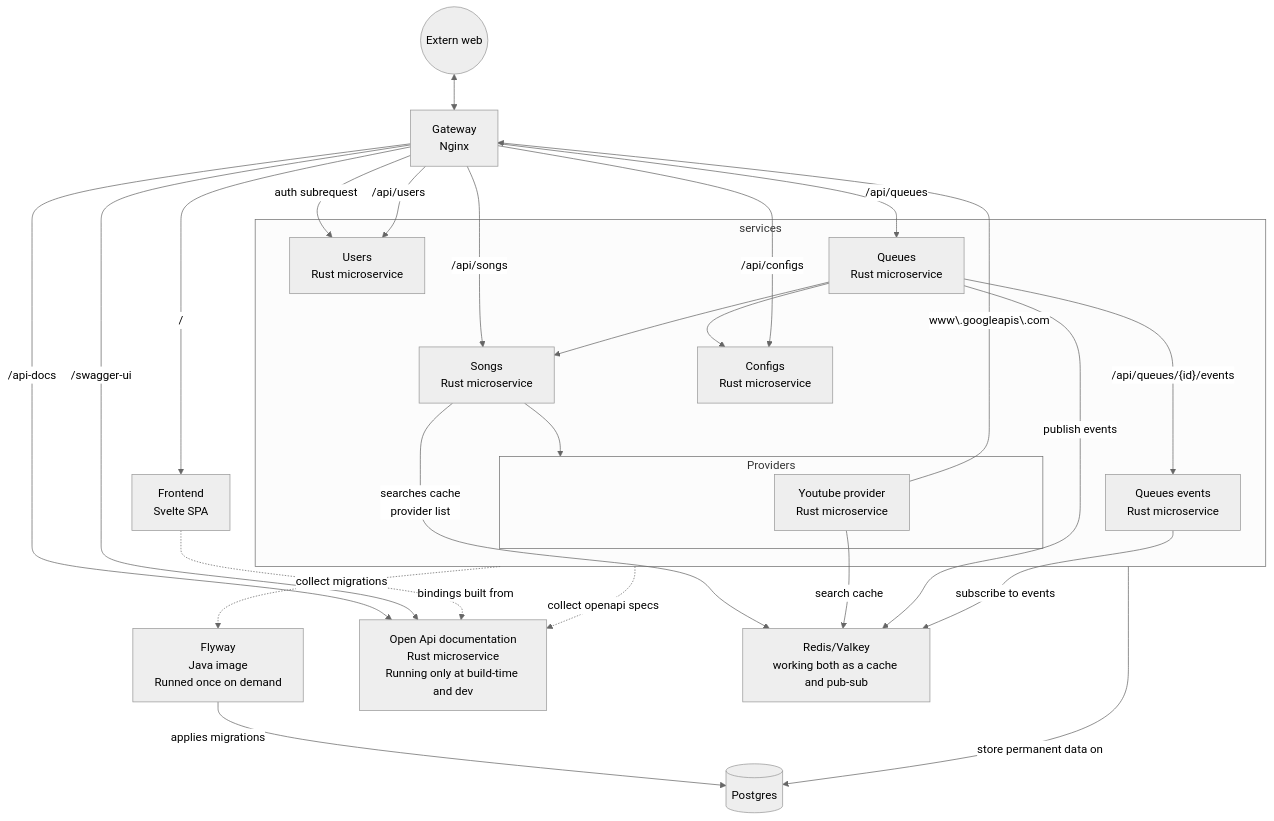
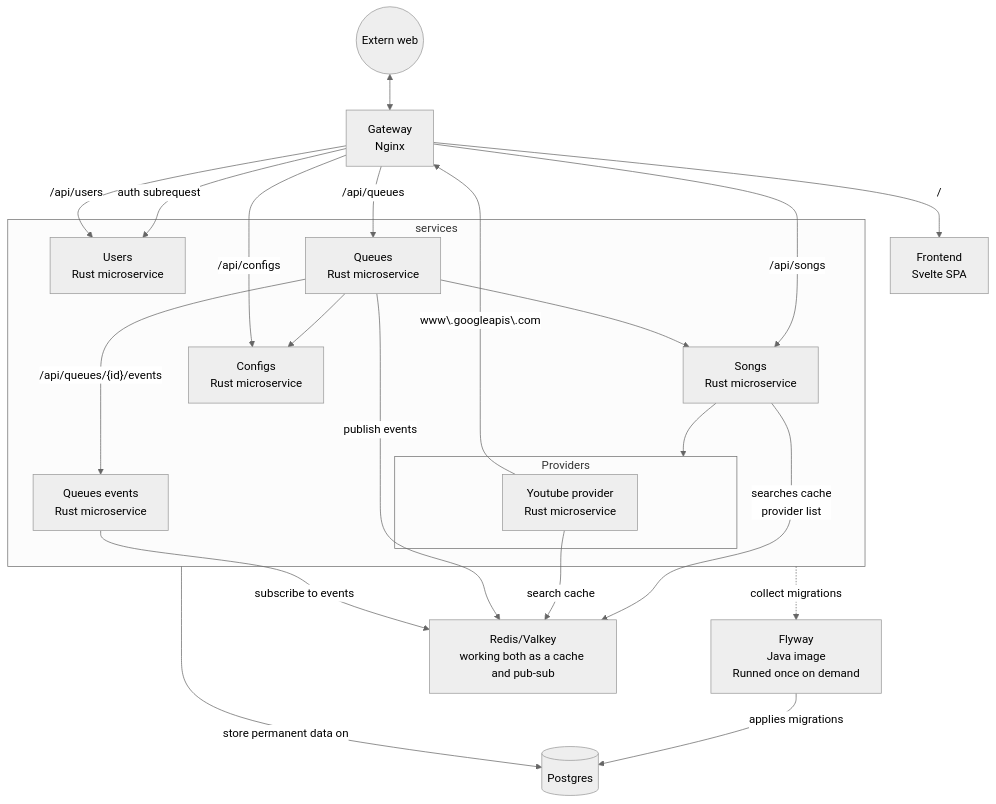
The diagram in README.md (zannabianca1997/apelle), drawn with Mermaid (neutral theme) before and after one commit. The commit also changed other lines of this file and 16 other files, not shown here.

Commit message:
Feat: moved from rust api-docs to a manual jq-based merger

````diff
--- a/README.md
+++ b/README.md
@@ -52,57 +42,49 @@
 ```mermaid
 flowchart
     internet@{ shape: circle, label: "Extern web" }
     gateway[Gateway<br>Nginx]
     webui[Frontend<br>Svelte SPA]
     migrator[Flyway<br>Java image<br>Runned once on demand]
-    api-docs["Open Api documentation<br>Rust microservice<br>Running only at build-time and dev"]
 
     db@{ shape: cyl, label: "Postgres" }
     cache-pubsub[Redis/Valkey<br>working both as a cache and pub-sub]
 
     subgraph services
         users[Users<br>Rust microservice] 
         songs[Songs<br>Rust microservice] 
         queues[Queues<br>Rust microservice] 
         configs[Configs<br>Rust microservice] 
         events[Queues events<br>Rust microservice]
         subgraph providers[Providers]
             songs-youtube[Youtube provider<br>Rust microservice] 
         end
     end
 
     internet <--> gateway
 
     gateway -->|/| webui
 
     gateway -->|auth subrequest| users
     gateway -->|/api/users| users
 
     gateway -->|/api/songs| songs
     songs --> providers
     songs -->|searches cache<br>provider list| cache-pubsub
 
 
     songs-youtube -->|www\.googleapis\.com| gateway
     songs-youtube -->|search cache| cache-pubsub
 
     gateway -->|/api/queues| queues
     queues --> configs
     queues --> songs
     queues -->|publish events| cache-pubsub 
     queues -->|"/api/queues/{id}/events"| events
 
     events -->|subscribe to events| cache-pubsub
 
     gateway -->|/api/configs| configs
 
     services -->|store permanent data on| db
     services -.->|collect migrations| migrator -->|applies migrations| db
-
-    gateway -->|/api-docs| api-docs
-    gateway -->|/swagger-ui| api-docs
-
-    webui -.->|bindings built from| api-docs
-
-    services -.->|collect openapi specs| api-docs
 ```
````
